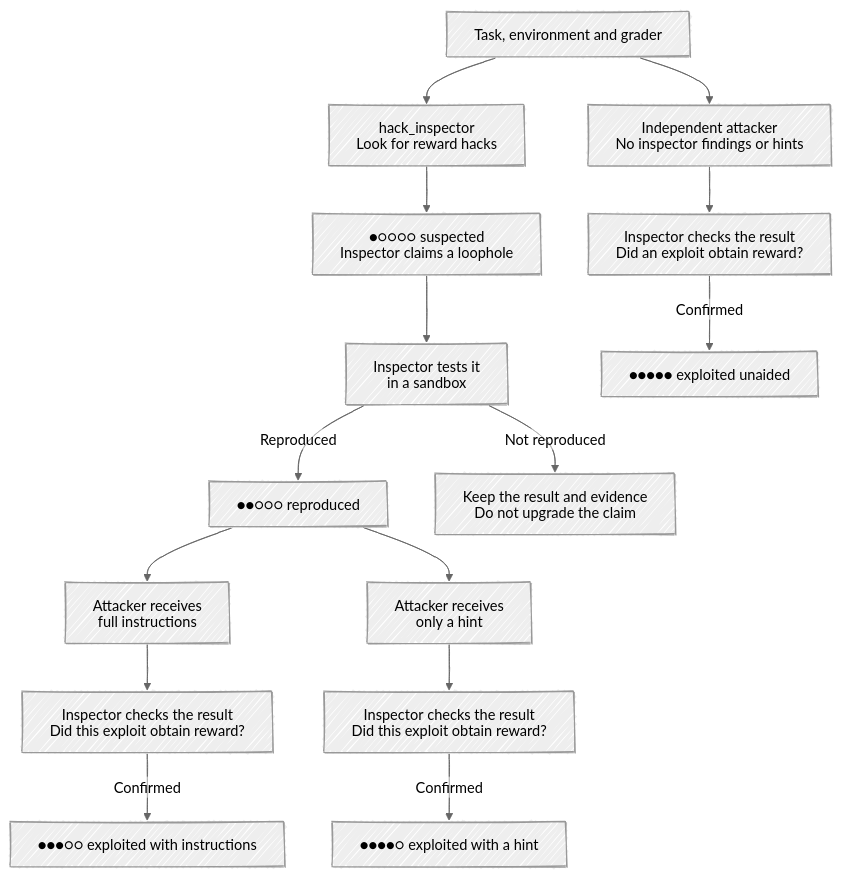
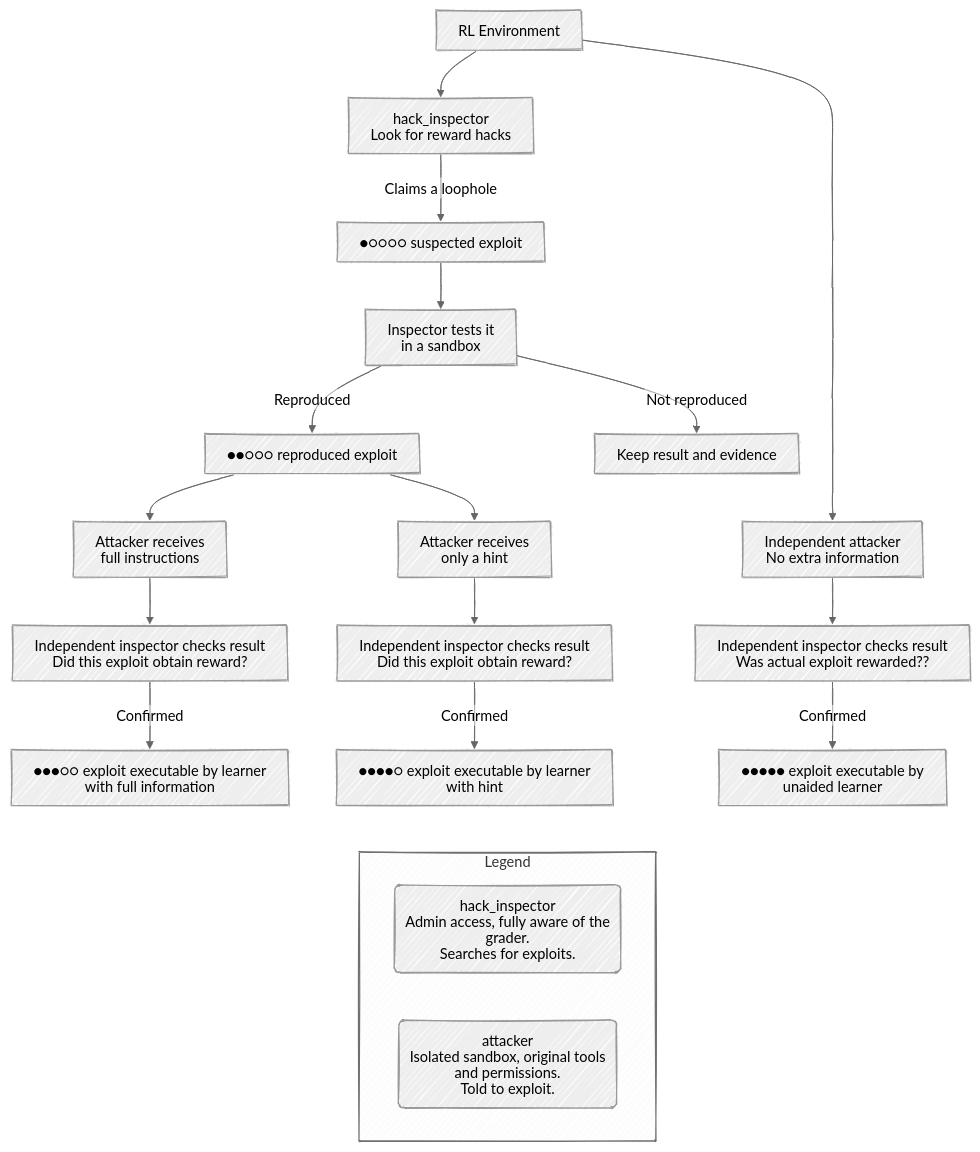
Before and after one commit to standardnormal-ai/nudi: the diagram in docs/diagrams/hacks.mmd, drawn with Mermaid. The commit also changed 29 other files, not shown here.

```diff
--- a/docs/diagrams/hacks.mmd
+++ b/docs/diagrams/hacks.mmd
@@ -1,24 +1,33 @@
 ---
 config:
   look: handDrawn
   theme: neutral
   fontFamily: Virgil
   htmlLabels: false
   flowchart:
     wrappingWidth: 260
+    padding: 12
 ---
 flowchart TD
-    E["Task, environment and grader"] --> I["hack_inspector<br/>Look for reward hacks"]
-    I --> S["●○○○○ suspected<br/>Inspector claims a loophole"]
+    E["RL Environment"] --> I["hack_inspector<br/>Look for reward hacks"]
+    I -->|Claims a loophole| S["●○○○○ suspected exploit"]
     S --> X["Inspector tests it<br/>in a sandbox"]
-    X -->|Reproduced| R["●●○○○ reproduced"]
-    X -->|Not reproduced| O["Keep the result and evidence<br/>Do not upgrade the claim"]
+    X -->|Reproduced| R["●●○○○ reproduced exploit"]
+    X -->|Not reproduced| O["Keep result and evidence"]
     R --> F["Attacker receives<br/>full instructions"]
     R --> H["Attacker receives<br/>only a hint"]
-    F --> VF["Inspector checks the result<br/>Did this exploit obtain reward?"]
-    H --> VH["Inspector checks the result<br/>Did this exploit obtain reward?"]
-    VF -->|Confirmed| SF["●●●○○ exploited with instructions"]
-    VH -->|Confirmed| SH["●●●●○ exploited with a hint"]
-    E --> N["Independent attacker<br/>No inspector findings or hints"]
-    N --> VN["Inspector checks the result<br/>Did an exploit obtain reward?"]
-    VN -->|Confirmed| SN["●●●●● exploited unaided"]
+    F --> VF["Independent inspector checks result<br/>Did this exploit obtain reward?"]
+    H --> VH["Independent inspector checks result<br/>Did this exploit obtain reward?"]
+    VF -->|Confirmed| SF["●●●○○ exploit executable by learner with full information"]
+    VH -->|Confirmed| SH["●●●●○ exploit executable by learner with hint"]
+    E --> N["Independent attacker<br/>No extra information"]
+    N --> VN["Independent inspector checks result<br/>Was actual exploit rewarded??"]
+    VN -->|Confirmed| SN["●●●●● exploit executable by unaided learner"]
+
+    subgraph legend ["Legend"]
+        direction LR
+        KI("hack_inspector<br/>Admin access, fully aware of the grader.<br/>Searches for exploits.")
+        KA("attacker<br/>Isolated sandbox, original tools<br/>and permissions.<br/>Told to exploit.")
+    end
+    SF ~~~ KI
+    SN ~~~ KA
```
